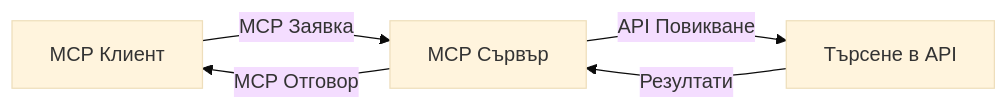
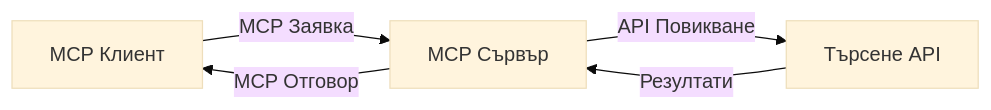
Before and after one commit to microsoft/mcp-for-beginners: the second of 4 diagrams in translations/bg/05-AdvancedTopics/mcp-realtimesearch/README.md, drawn with Mermaid (base theme). The commit also changed other lines of this file and 145 other files, not shown here.

````diff
--- a/translations/bg/05-AdvancedTopics/mcp-realtimesearch/README.md
+++ b/translations/bg/05-AdvancedTopics/mcp-realtimesearch/README.md
@@ -598,7 +600,7 @@
 ```mermaid
 graph LR
     Client[MCP Клиент] --> |MCP Заявка| Server[MCP Сървър]
-    Server --> |API Повикване| SearchAPI[Търсене в API]
+    Server --> |API Повикване| SearchAPI[Търсене API]
     SearchAPI --> |Резултати| Server
     Server --> |MCP Отговор| Client
 ```
````
